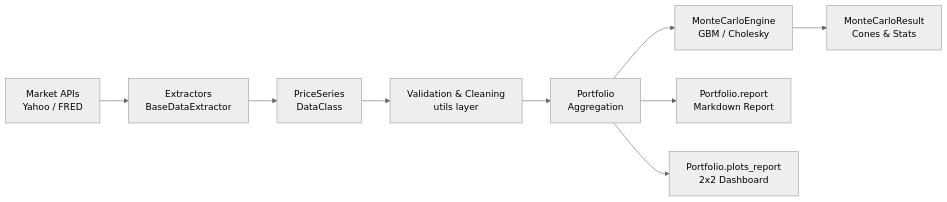
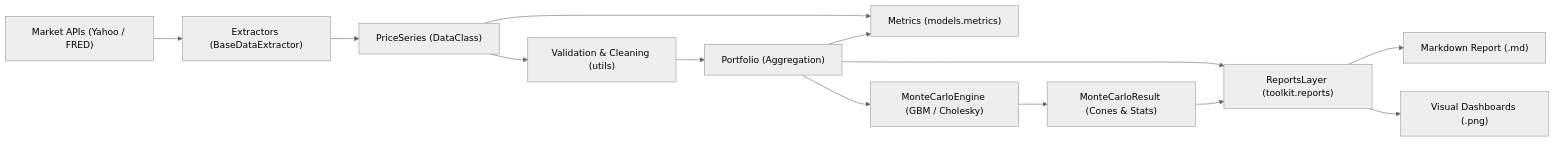
One commit to z4ntr0n1c/talleres_bme_miax_2026 changed the second of 4 diagrams in README.md. Above: the diagram before and after it, drawn with Mermaid (neutral theme). The commit also changed other lines of this file and 4 other files, not shown here.

````diff
--- a/README.md
+++ b/README.md
@@ -219,11 +241,15 @@
 ```mermaid
 flowchart LR
-    A[Market APIs<br>Yahoo / FRED] --> B[Extractors<br>BaseDataExtractor]
-    B --> C[PriceSeries<br>DataClass]
-    C --> D[Validation & Cleaning<br>utils layer]
-    D --> E[Portfolio<br>Aggregation]
-    E --> F[MonteCarloEngine<br>GBM / Cholesky]
-    F --> G[MonteCarloResult<br>Cones & Stats]
-    E --> H[Portfolio.report<br>Markdown Report]
-    E --> I[Portfolio.plots_report<br>2x2 Dashboard]
+    A["Market APIs (Yahoo / FRED)"] --> B["Extractors (BaseDataExtractor)"]
+    B --> C["PriceSeries (DataClass)"]
+    C --> D["Validation & Cleaning (utils)"]
+    D --> E["Portfolio (Aggregation)"]
+    C --> M["Metrics (models.metrics)"]
+    E --> M
+    E --> F["MonteCarloEngine (GBM / Cholesky)"]
+    F --> G["MonteCarloResult (Cones & Stats)"]
+    E --> R["ReportsLayer (toolkit.reports)"]
+    G --> R
+    R --> H["Markdown Report (.md)"]
+    R --> I["Visual Dashboards (.png)"]
 ```
````
